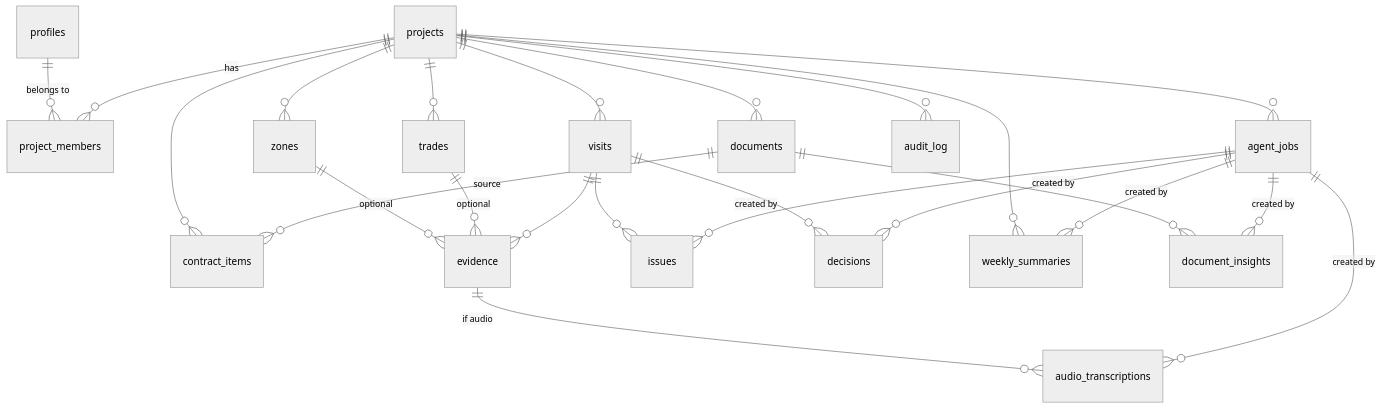
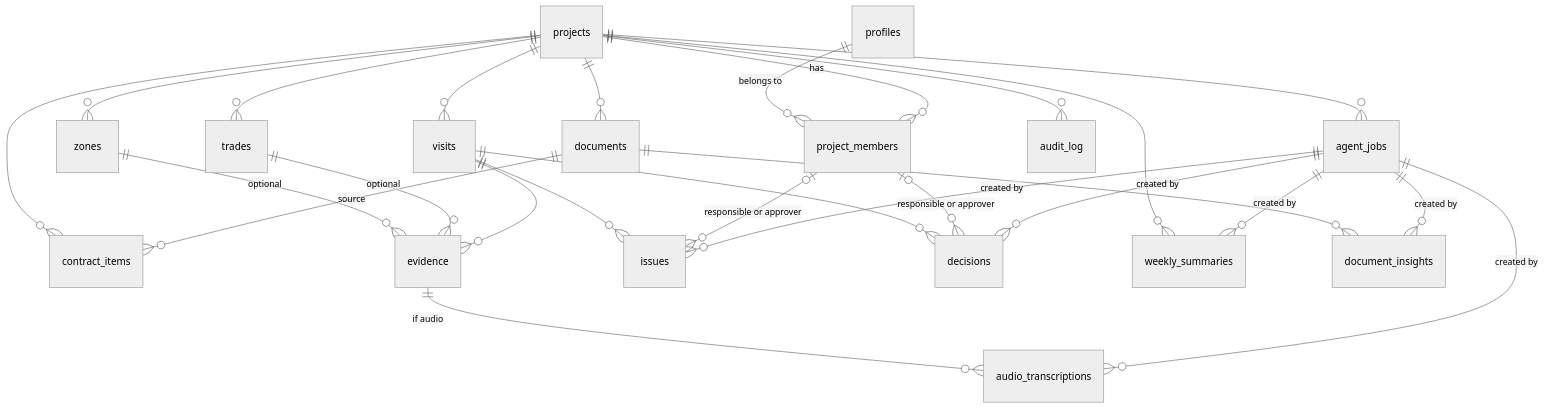
The diagram in docs/en/02-data-model.md (SergiAOVE/reforma-agent), drawn with Mermaid (neutral theme) before and after one commit. The commit also changed other lines of this file and 46 other files, not shown here.

````diff
--- a/docs/en/02-data-model.md
+++ b/docs/en/02-data-model.md
@@ -51,26 +52,28 @@
 ```mermaid
 erDiagram
     profiles ||--o{ project_members : "belongs to"
     projects ||--o{ project_members : "has"
     projects ||--o{ zones : ""
     projects ||--o{ trades : ""
     projects ||--o{ visits : ""
     projects ||--o{ documents : ""
     projects ||--o{ contract_items : ""
     projects ||--o{ agent_jobs : ""
     projects ||--o{ audit_log : ""
     zones ||--o{ evidence : "optional"
     trades ||--o{ evidence : "optional"
     visits ||--o{ evidence : ""
     evidence ||--o{ audio_transcriptions : "if audio"
     visits ||--o{ issues : ""
     visits ||--o{ decisions : ""
+    project_members o|--o{ issues : "responsible or approver"
+    project_members o|--o{ decisions : "responsible or approver"
     projects ||--o{ weekly_summaries : ""
     documents ||--o{ document_insights : ""
     documents ||--o{ contract_items : "source"
     agent_jobs ||--o{ audio_transcriptions : "created by"
     agent_jobs ||--o{ issues : "created by"
     agent_jobs ||--o{ decisions : "created by"
     agent_jobs ||--o{ weekly_summaries : "created by"
     agent_jobs ||--o{ document_insights : "created by"
 ```
````
